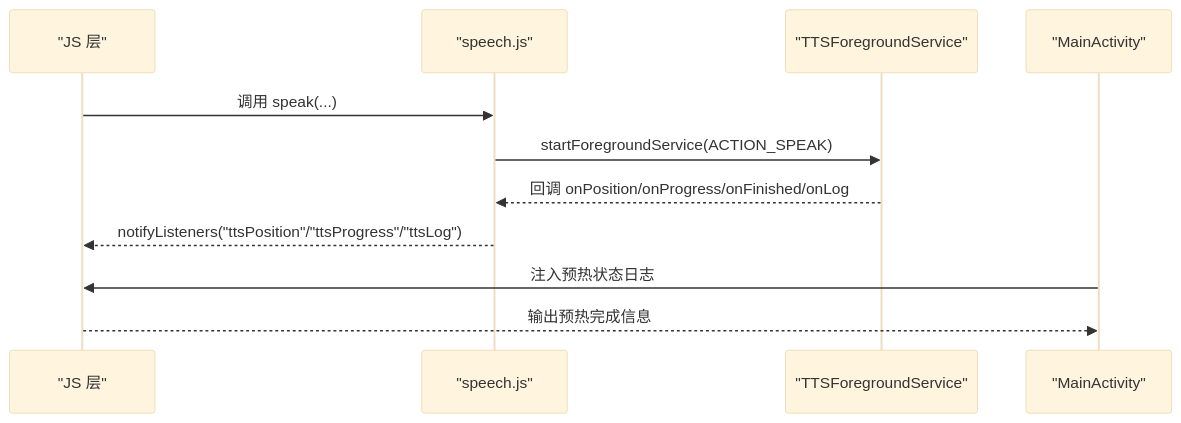
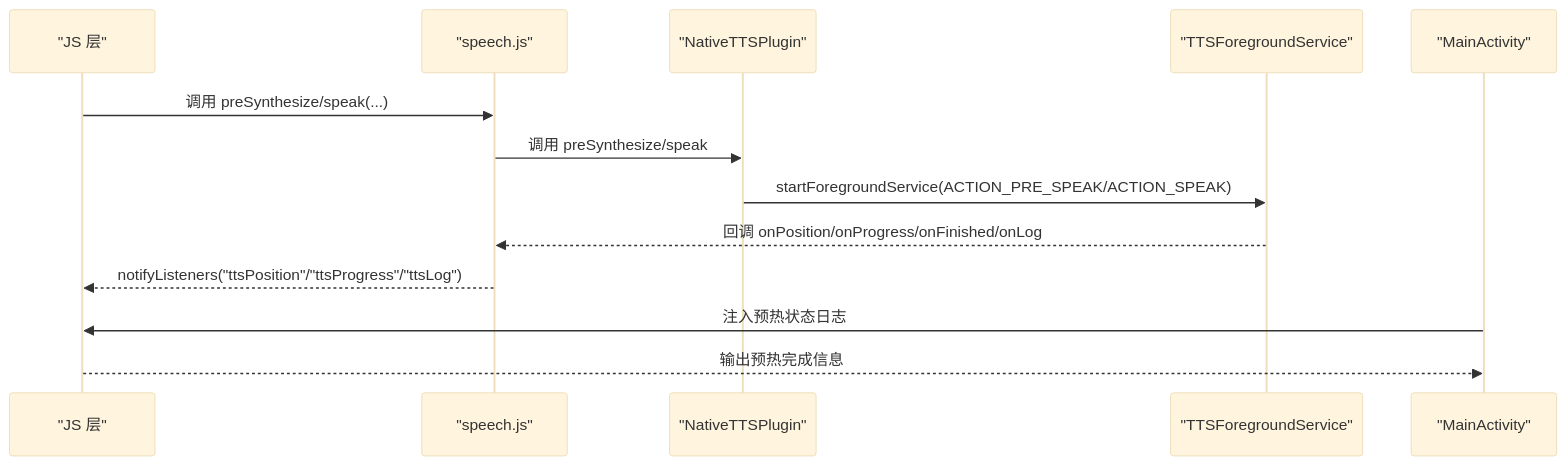
Before and after one commit to zhao-zg/cx: the fourth of 5 diagrams in .qoder/repowiki/zh/content/移动应用开发/服务管理.md, drawn with Mermaid (base theme). The commit also changed other lines of this file and 30 other files, not shown here.

````diff
--- a/.qoder/repowiki/zh/content/移动应用开发/服务管理.md
+++ b/.qoder/repowiki/zh/content/移动应用开发/服务管理.md
@@ -243,13 +254,15 @@
 ```mermaid
 sequenceDiagram
 participant JS as "JS 层"
 participant SP as "speech.js"
+participant NTP as "NativeTTSPlugin"
 participant SVC as "TTSForegroundService"
 participant ACT as "MainActivity"
-JS->>SP : 调用 speak(...)
-SP->>SVC : startForegroundService(ACTION_SPEAK)
+JS->>SP : 调用 preSynthesize/speak(...)
+SP->>NTP : 调用 preSynthesize/speak
+NTP->>SVC : startForegroundService(ACTION_PRE_SPEAK/ACTION_SPEAK)
 SVC-->>SP : 回调 onPosition/onProgress/onFinished/onLog
 SP-->>JS : notifyListeners("ttsPosition"/"ttsProgress"/"ttsLog")
 ACT->>JS : 注入预热状态日志
 JS-->>ACT : 输出预热完成信息
 ```
````
